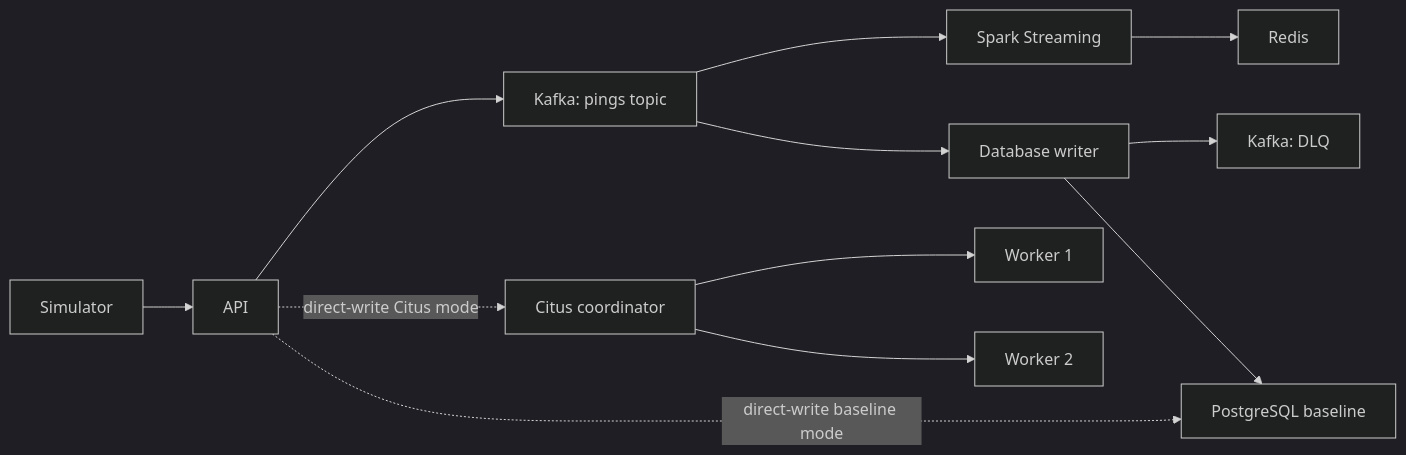
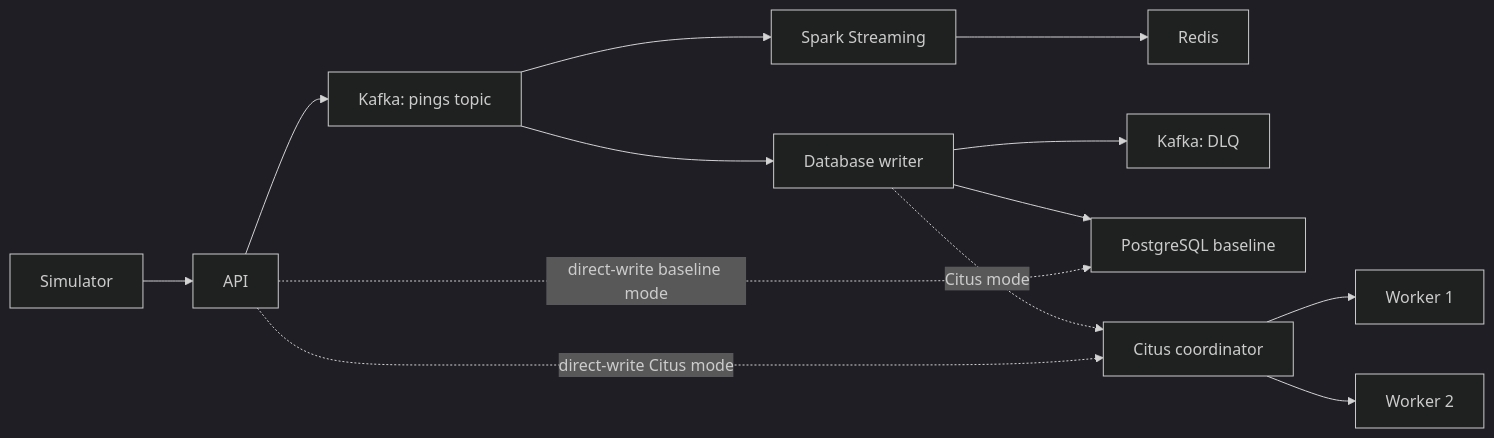
One commit to suryatejb/geopulse changed the diagram in README.md. Above: the diagram before and after it, drawn with Mermaid (dark theme). The commit also changed other lines of this file and 6 other files, not shown here.

````diff
--- a/README.md
+++ b/README.md
@@ -9,13 +9,14 @@
 ```mermaid
 flowchart LR
     S[Simulator] --> A[API]
     A --> K[Kafka: pings topic]
     K --> SP[Spark Streaming] --> R[Redis]
     K --> W[Database writer]
     W --> DLQ[Kafka: DLQ]
     W --> P[PostgreSQL baseline]
+    W -. "Citus mode" .-> C[Citus coordinator]
     A -. "direct-write baseline mode" .-> P
-    A -. "direct-write Citus mode" .-> C[Citus coordinator]
+    A -. "direct-write Citus mode" .-> C
     C --> C1[Worker 1]
     C --> C2[Worker 2]
 ```
````
